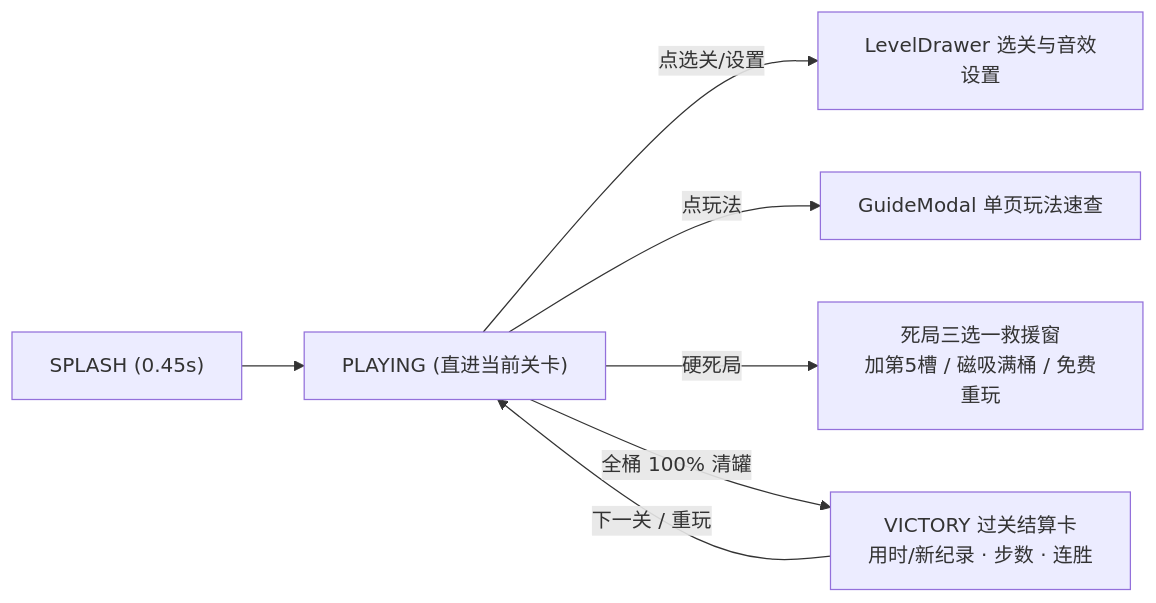
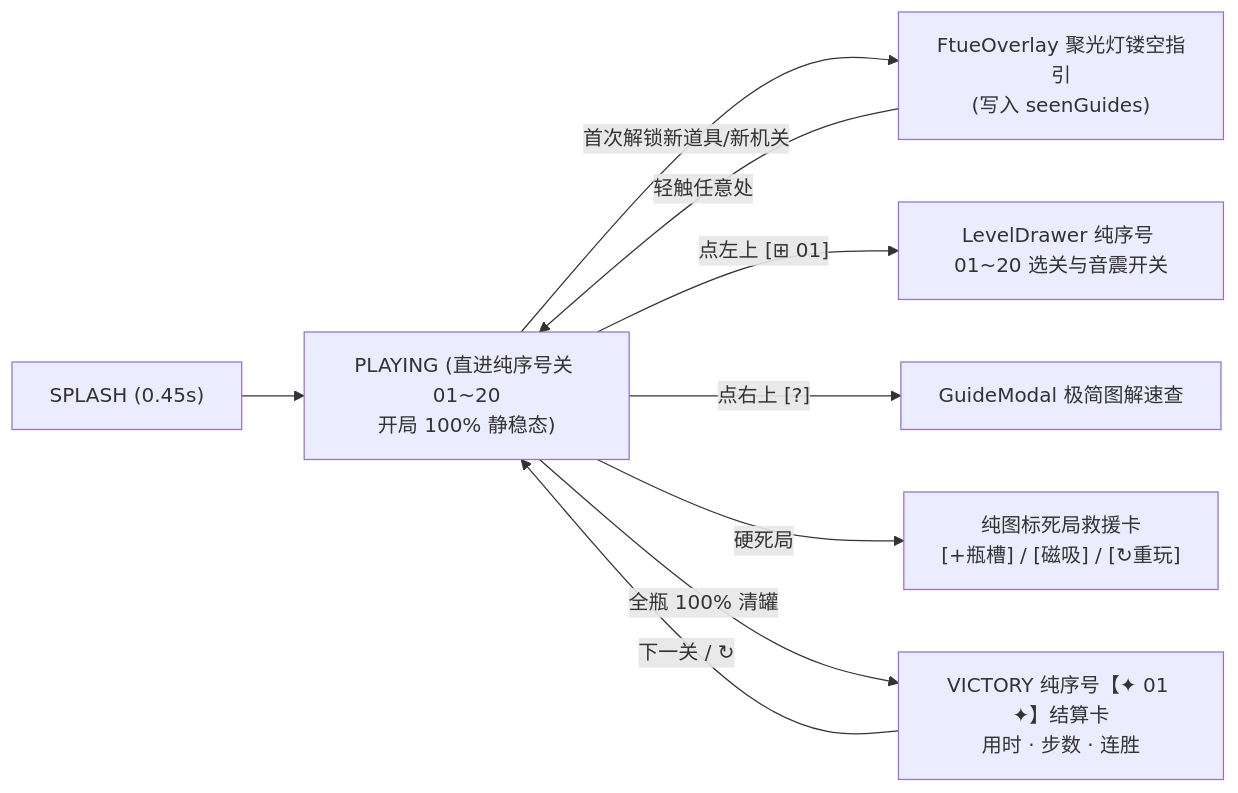
Before and after one commit to 948049716/sha-li-tao-da-hong: the diagram in docs/功能需求文档_PRD_v1.0.md, drawn with Mermaid. The commit also changed other lines of this file and 93 other files, not shown here.

````diff
--- a/docs/功能需求文档_PRD_v1.0.md
+++ b/docs/功能需求文档_PRD_v1.0.md
@@ -19,9 +19,11 @@
 ```mermaid
 flowchart LR
-    Boot["SPLASH (0.45s)"] --> Play["PLAYING (直进当前关卡)"]
-    Play -->|"点选关/设置"| Drawer["LevelDrawer 选关与音效设置"]
-    Play -->|"点玩法"| Guide["GuideModal 单页玩法速查"]
-    Play -->|"硬死局"| Rescue["死局三选一救援窗\n加第5槽 / 磁吸满桶 / 免费重玩"]
-    Play -->|"全桶 100% 清罐"| Win["VICTORY 过关结算卡\n用时/新纪录 · 步数 · 连胜"]
-    Win -->|"下一关 / 重玩"| Play
+    Boot["SPLASH (0.45s)"] --> Play["PLAYING (直进纯序号关 01~20\n开局 100% 静稳态)"]
+    Play -->|"首次解锁新道具/新机关"| Spot["FtueOverlay 聚光灯镂空指引\n(写入 seenGuides)"]
+    Spot -->|"轻触任意处"| Play
+    Play -->|"点左上 [⊞ 01]"| Drawer["LevelDrawer 纯序号 01~20 选关与音震开关"]
+    Play -->|"点右上 [?]"| Guide["GuideModal 极简图解速查"]
+    Play -->|"硬死局"| Rescue["纯图标死局救援卡\n[+瓶槽] / [磁吸] / [↻重玩]"]
+    Play -->|"全瓶 100% 清罐"| Win["VICTORY 纯序号【✦ 01 ✦】结算卡\n用时 · 步数 · 连胜"]
+    Win -->|"下一关 / ↻"| Play
 ```
````
